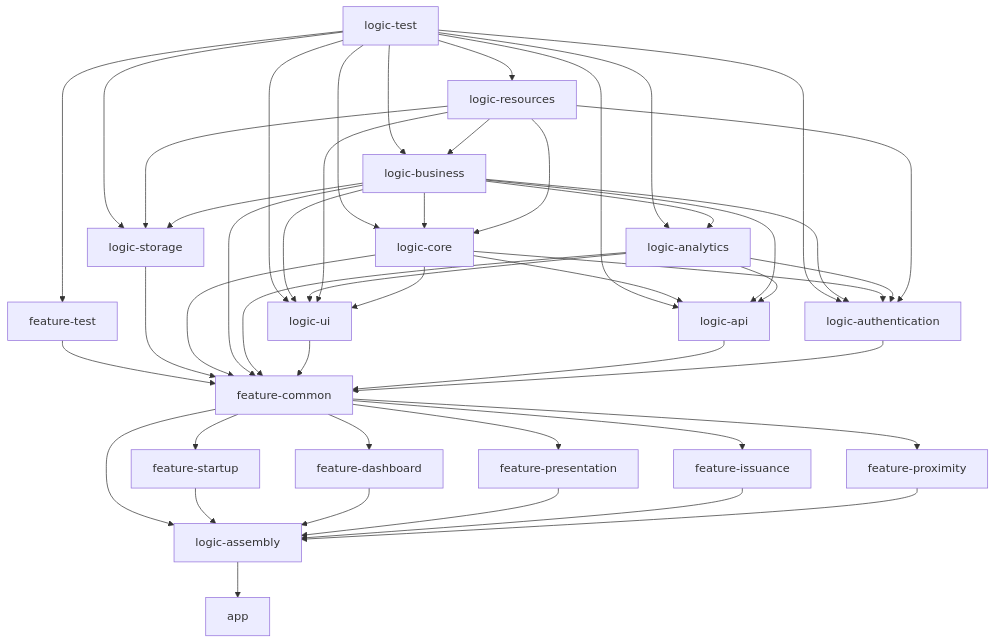
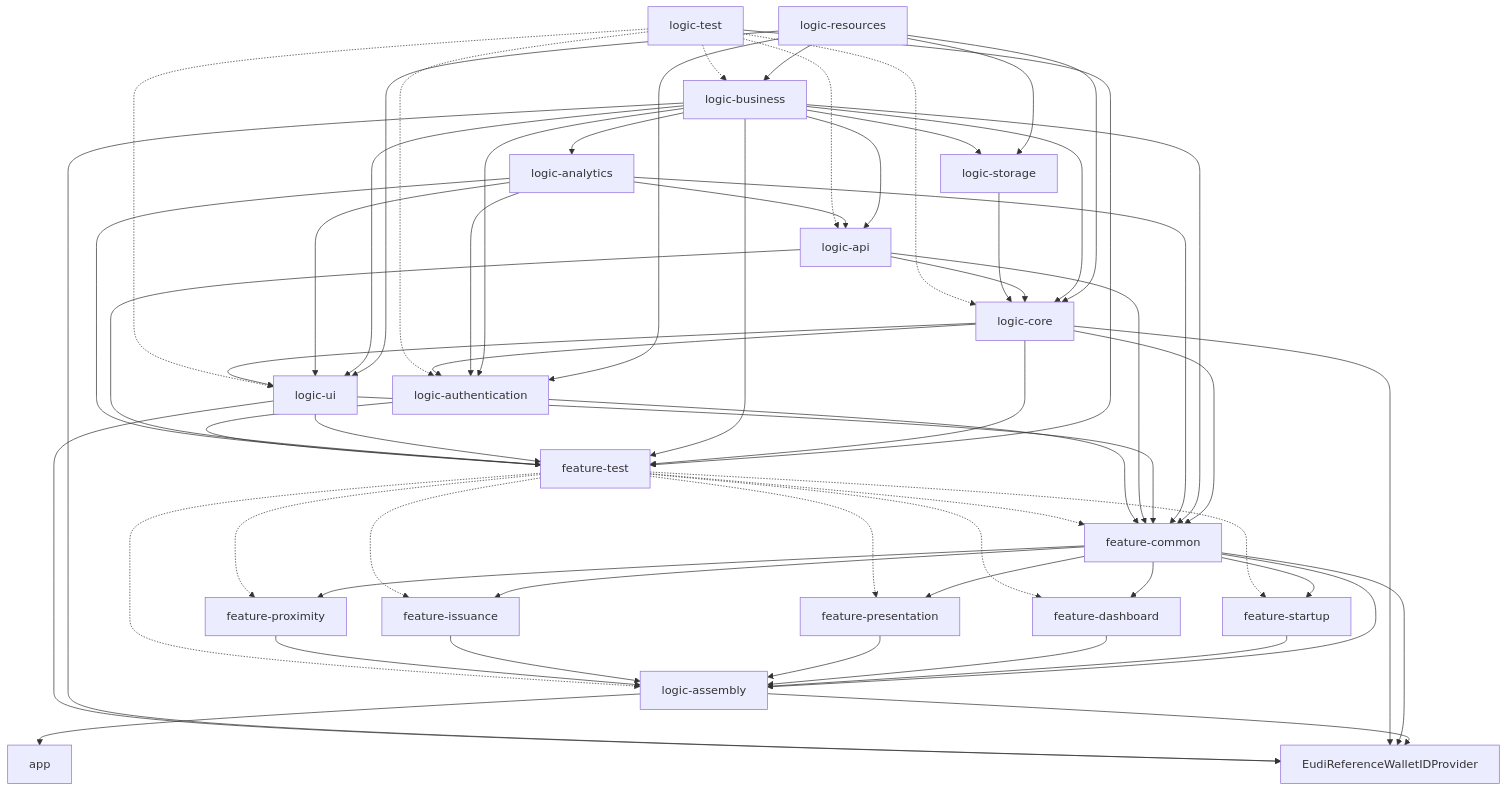
The diagram in README.md (niscy-eudiw/eudi-app-ios-wallet-ui), drawn with Mermaid before and after one commit. The commit also changed other lines of this file and 11 other files, not shown here.

````diff
--- a/README.md
+++ b/README.md
@@ -229,66 +246,77 @@
 ```mermaid
 graph TD;
 
-  logic-test --> logic-business
-  logic-test --> logic-core
-  logic-test --> logic-analytics
-  logic-test --> logic-resources
-  logic-test --> logic-storage
-  logic-test --> logic-ui
-  logic-test --> logic-api
-  logic-test --> logic-authentication
+  logic-resources --> logic-business
+  logic-resources --> logic-storage
+  logic-resources --> logic-core
+  logic-resources --> logic-ui
+  logic-resources --> logic-authentication
 
-  logic-test --> feature-test
-  
-  feature-test --> feature-common
+  logic-business --> logic-analytics
+  logic-business --> logic-api
+  logic-business --> logic-storage
+  logic-business --> logic-core
+  logic-business --> logic-ui
+  logic-business --> logic-authentication
 
-  logic-business --> logic-authentication
+  logic-analytics --> logic-api
+  logic-analytics --> logic-ui
+  logic-analytics --> logic-authentication
+
+  logic-api --> logic-core
+  logic-storage --> logic-core
+
+  logic-core --> logic-ui
   logic-core --> logic-authentication
-  logic-analytics --> logic-authentication
-  logic-resources --> logic-authentication
+
+  logic-core --> feature-common
+  logic-business --> feature-common
+  logic-analytics --> feature-common
+  logic-ui --> feature-common
+  logic-api --> feature-common
+  logic-authentication --> feature-common
+
+  feature-common --> feature-startup
+  feature-common --> feature-dashboard
+  feature-common --> feature-presentation
+  feature-common --> feature-issuance
+  feature-common --> feature-proximity
 
   feature-common --> logic-assembly
   feature-startup --> logic-assembly
   feature-dashboard --> logic-assembly
   feature-presentation --> logic-assembly
   feature-issuance --> logic-assembly
   feature-proximity --> logic-assembly
 
-  logic-business --> logic-core
-  logic-resources --> logic-core
-  logic-resources --> logic-storage
-
-  logic-business --> logic-analytics
-
-  feature-common --> feature-issuance
-  feature-common --> feature-proximity
-  feature-common --> feature-presentation
-  feature-common --> feature-dashboard
-
-  logic-storage --> feature-common
-  logic-core --> feature-common
-  logic-business --> feature-common
-  logic-analytics --> feature-common
-  logic-ui --> feature-common
-  logic-api --> feature-common
-  logic-authentication --> feature-common
-
-  feature-common --> feature-startup
-
-  logic-business --> logic-storage
-
-  logic-core --> logic-api
-  logic-business --> logic-api
-  logic-analytics --> logic-api
-
-  logic-resources --> logic-business
-
-  logic-business --> logic-ui
-  logic-analytics --> logic-ui
-  logic-resources --> logic-ui
-
-  logic-core --> logic-ui
-
   logic-assembly --> app
 
+  logic-assembly --> EudiReferenceWalletIDProvider
+  feature-common --> EudiReferenceWalletIDProvider
+  logic-core --> EudiReferenceWalletIDProvider
+  logic-business --> EudiReferenceWalletIDProvider
+  logic-ui --> EudiReferenceWalletIDProvider
+
+  logic-test --> feature-test
+  logic-core --> feature-test
+  logic-business --> feature-test
+  logic-ui --> feature-test
+  logic-api --> feature-test
+  logic-analytics --> feature-test
+  logic-authentication --> feature-test
+
+  logic-test -.-> logic-business
+  logic-test -.-> logic-api
+  logic-test -.-> logic-core
+  logic-test -.-> logic-ui
+  logic-test -.-> logic-authentication
+
+  feature-test -.-> feature-common
+  feature-test -.-> feature-startup
+  feature-test -.-> feature-dashboard
+  feature-test -.-> feature-presentation
+  feature-test -.-> feature-issuance
+  feature-test -.-> feature-proximity
+  feature-test -.-> logic-assembly
+
 ```
````
